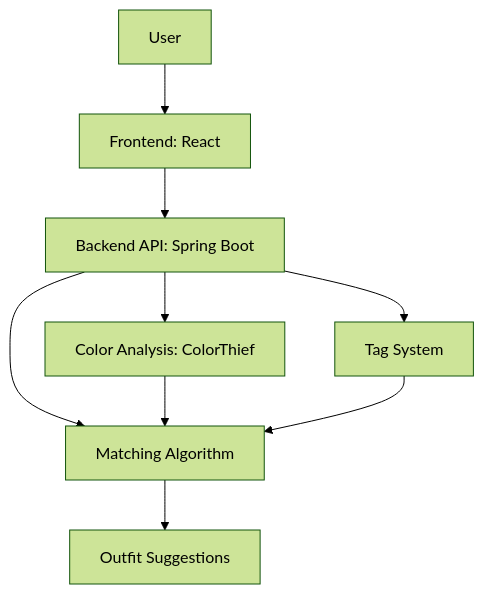
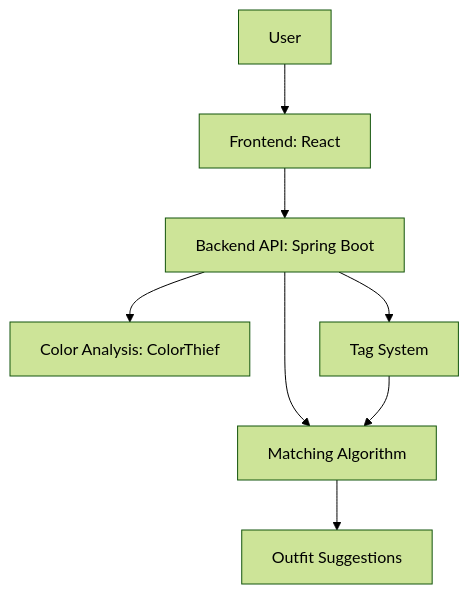
One commit to NNewbauer/3300OutfitPicker changed the first of 3 diagrams in README.md. Above: the diagram before and after it, drawn with Mermaid (forest theme). The commit also changed other lines of this file, not shown here.

````diff
--- a/README.md
+++ b/README.md
@@ -84,11 +84,10 @@
 ```mermaid
 flowchart TD
     User --> Frontend[Frontend: React]
     Frontend --> API[Backend API: Spring Boot]
     API --> ColorThief[Color Analysis: ColorThief]
     API --> MatchingAlgorithm[Matching Algorithm]
     API --> TagSystem[Tag System]
-    ColorThief --> MatchingAlgorithm
     TagSystem --> MatchingAlgorithm
     MatchingAlgorithm --> OutfitSuggestions[Outfit Suggestions]
 ```
````
